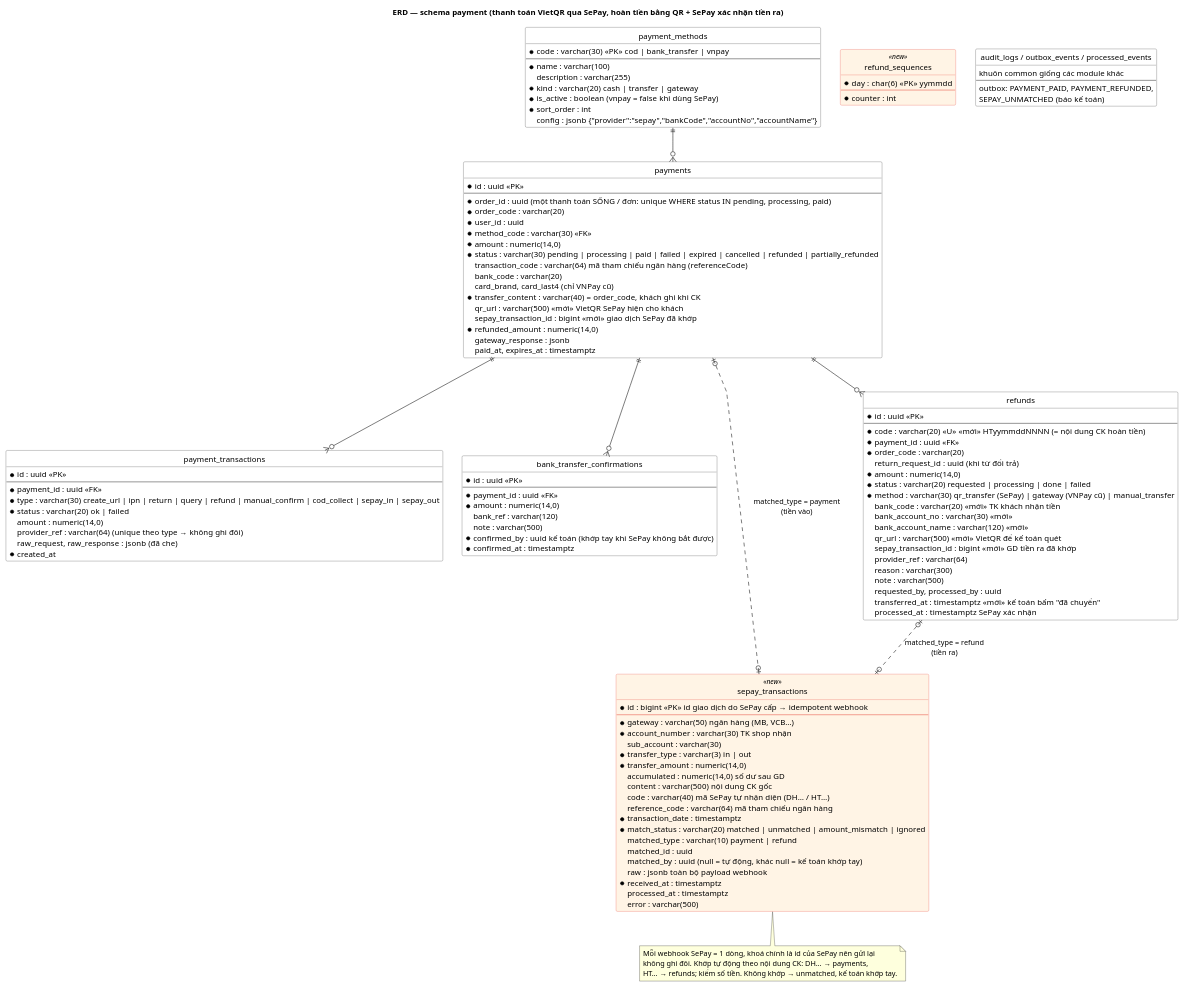
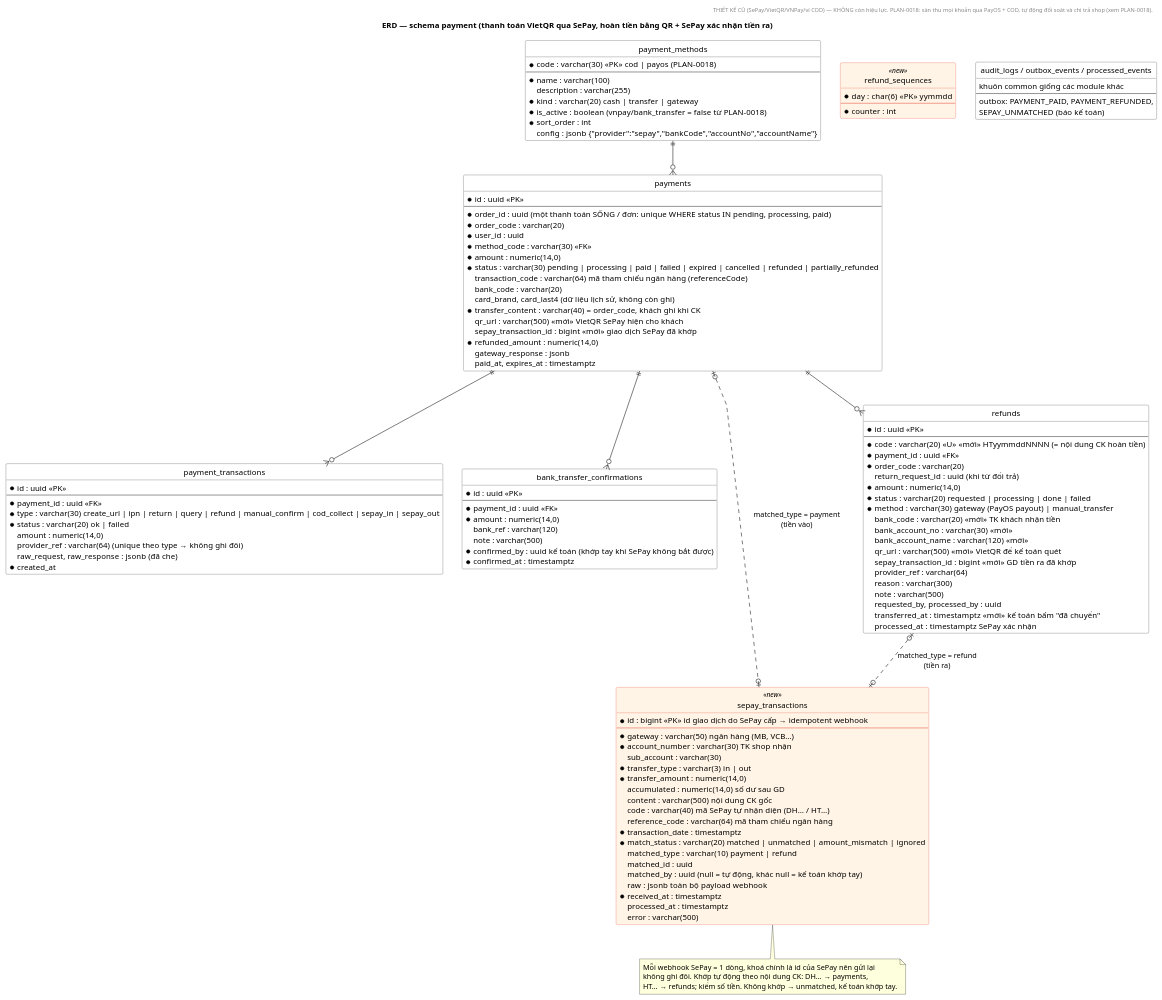
One commit to vietcachep/eco_fashion_be changed the diagram in docs/design/erd/07-erd-payment-sepay.puml. Above: the diagram before and after it, drawn with PlantUML. The commit also changed 59 other files, not shown here.

Commit message:
docs(design): cập nhật sơ đồ ca sử dụng hệ thống (Usecase Diagrams), mô hình thiết kế và công cụ AI

```diff
--- a/docs/design/erd/07-erd-payment-sepay.puml
+++ b/docs/design/erd/07-erd-payment-sepay.puml
@@ -1,142 +1,143 @@
 @startuml 07-erd-payment-sepay
 title ERD — schema payment (thanh toán VietQR qua SePay, hoàn tiền bằng QR + SePay xác nhận tiền ra)
+header THIẾT KẾ CŨ (SePay/VietQR/VNPay/ví COD) — KHÔNG còn hiệu lực. PLAN-0018: sàn thu mọi khoản qua PayOS + COD, tự động đối soát và chi trả shop (xem PLAN-0018).
 
 skinparam linetype polyline
 skinparam shadowing false
 skinparam class {
   BackgroundColor #FFFFFF
   BorderColor #444444
 }
 skinparam class<<new>> {
   BackgroundColor #FFF4E5
   BorderColor #E8564A
 }
 hide circle
 
 entity "payment_methods" as payment_methods {
-  * code : varchar(30) <<PK>>  cod | bank_transfer | vnpay
+  * code : varchar(30) <<PK>>  cod | payos (PLAN-0018)
   --
   * name : varchar(100)
   description : varchar(255)
   * kind : varchar(20)  cash | transfer | gateway
-  * is_active : boolean  (vnpay = false khi dùng SePay)
+  * is_active : boolean  (vnpay/bank_transfer = false từ PLAN-0018)
   * sort_order : int
   config : jsonb  {"provider":"sepay","bankCode","accountNo","accountName"}
 }
 
 entity "payments" as payments {
   * id : uuid <<PK>>
   --
   * order_id : uuid  (một thanh toán SỐNG / đơn: unique WHERE status IN pending, processing, paid)
   * order_code : varchar(20)
   * user_id : uuid
   * method_code : varchar(30) <<FK>>
   * amount : numeric(14,0)
   * status : varchar(30)  pending | processing | paid | failed | expired | cancelled | refunded | partially_refunded
   transaction_code : varchar(64)  mã tham chiếu ngân hàng (referenceCode)
   bank_code : varchar(20)
-  card_brand, card_last4  (chỉ VNPay cũ)
+  card_brand, card_last4  (dữ liệu lịch sử, không còn ghi)
   * transfer_content : varchar(40)  = order_code, khách ghi khi CK
   qr_url : varchar(500)  <<mới>> VietQR SePay hiện cho khách
   sepay_transaction_id : bigint  <<mới>> giao dịch SePay đã khớp
   * refunded_amount : numeric(14,0)
   gateway_response : jsonb
   paid_at, expires_at : timestamptz
 }
 
 entity "payment_transactions" as payment_transactions {
   * id : uuid <<PK>>
   --
   * payment_id : uuid <<FK>>
   * type : varchar(30)  create_url | ipn | return | query | refund | manual_confirm | cod_collect | sepay_in | sepay_out
   * status : varchar(20)  ok | failed
   amount : numeric(14,0)
   provider_ref : varchar(64)  (unique theo type → không ghi đôi)
   raw_request, raw_response : jsonb  (đã che)
   * created_at
 }
 
 entity "bank_transfer_confirmations" as bank_transfer_confirmations {
   * id : uuid <<PK>>
   --
   * payment_id : uuid <<FK>>
   * amount : numeric(14,0)
   bank_ref : varchar(120)
   note : varchar(500)
   * confirmed_by : uuid  kế toán (khớp tay khi SePay không bắt được)
   * confirmed_at : timestamptz
 }
 
 entity "sepay_transactions" as sepay_transactions <<new>> {
   * id : bigint <<PK>>  id giao dịch do SePay cấp → idempotent webhook
   --
   * gateway : varchar(50)  ngân hàng (MB, VCB…)
   * account_number : varchar(30)  TK shop nhận
   sub_account : varchar(30)
   * transfer_type : varchar(3)  in | out
   * transfer_amount : numeric(14,0)
   accumulated : numeric(14,0)  số dư sau GD
   content : varchar(500)  nội dung CK gốc
   code : varchar(40)  mã SePay tự nhận diện (DH… / HT…)
   reference_code : varchar(64)  mã tham chiếu ngân hàng
   * transaction_date : timestamptz
   * match_status : varchar(20)  matched | unmatched | amount_mismatch | ignored
   matched_type : varchar(10)  payment | refund
   matched_id : uuid
   matched_by : uuid  (null = tự động, khác null = kế toán khớp tay)
   raw : jsonb  toàn bộ payload webhook
   * received_at : timestamptz
   processed_at : timestamptz
   error : varchar(500)
 }
 
 entity "refunds" as refunds {
   * id : uuid <<PK>>
   --
   * code : varchar(20) <<U>>  <<mới>> HTyymmddNNNN (= nội dung CK hoàn tiền)
   * payment_id : uuid <<FK>>
   * order_code : varchar(20)
   return_request_id : uuid  (khi từ đổi trả)
   * amount : numeric(14,0)
   * status : varchar(20)  requested | processing | done | failed
-  * method : varchar(30)  qr_transfer (SePay) | gateway (VNPay cũ) | manual_transfer
+  * method : varchar(30)  gateway (PayOS payout) | manual_transfer
   bank_code : varchar(20)  <<mới>> TK khách nhận tiền
   bank_account_no : varchar(30)  <<mới>>
   bank_account_name : varchar(120)  <<mới>>
   qr_url : varchar(500)  <<mới>> VietQR để kế toán quét
   sepay_transaction_id : bigint  <<mới>> GD tiền ra đã khớp
   provider_ref : varchar(64)
   reason : varchar(300)
   note : varchar(500)
   requested_by, processed_by : uuid
   transferred_at : timestamptz  <<mới>> kế toán bấm "đã chuyển"
   processed_at : timestamptz  SePay xác nhận
 }
 
 entity "refund_sequences" as refund_sequences <<new>> {
   * day : char(6) <<PK>>  yymmdd
   --
   * counter : int
 }
 
 entity "audit_logs / outbox_events / processed_events" as pay_common {
   khuôn common giống các module khác
   --
   outbox: PAYMENT_PAID, PAYMENT_REFUNDED,
   SEPAY_UNMATCHED (báo kế toán)
 }
 
 payment_methods ||--o{ payments
 payments ||--o{ payment_transactions
 payments ||--o{ bank_transfer_confirmations
 payments ||--o{ refunds
 payments |o..o| sepay_transactions : matched_type = payment\n(tiền vào)
 refunds |o..o| sepay_transactions : matched_type = refund\n(tiền ra)
 
 note bottom of sepay_transactions
   Mỗi webhook SePay = 1 dòng, khoá chính là id của SePay nên gửi lại
   không ghi đôi. Khớp tự động theo nội dung CK: DH… → payments,
   HT… → refunds; kiểm số tiền. Không khớp → unmatched, kế toán khớp tay.
 end note
 
 @enduml
```
